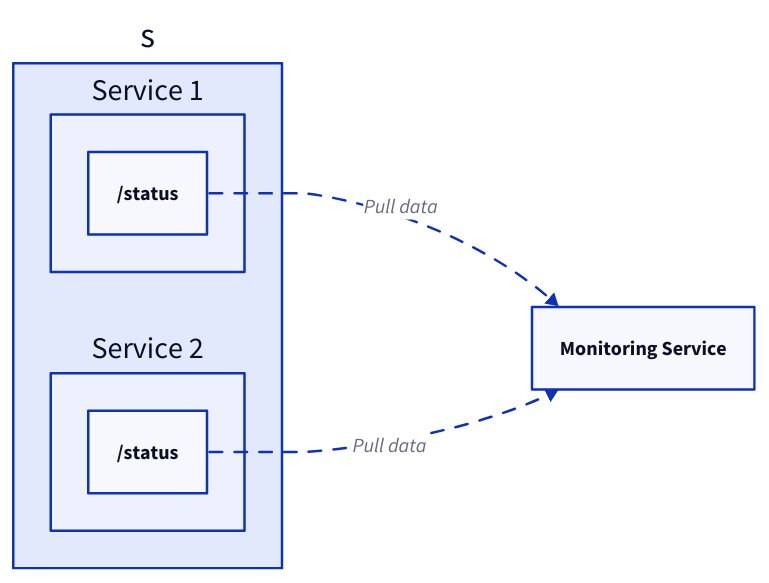
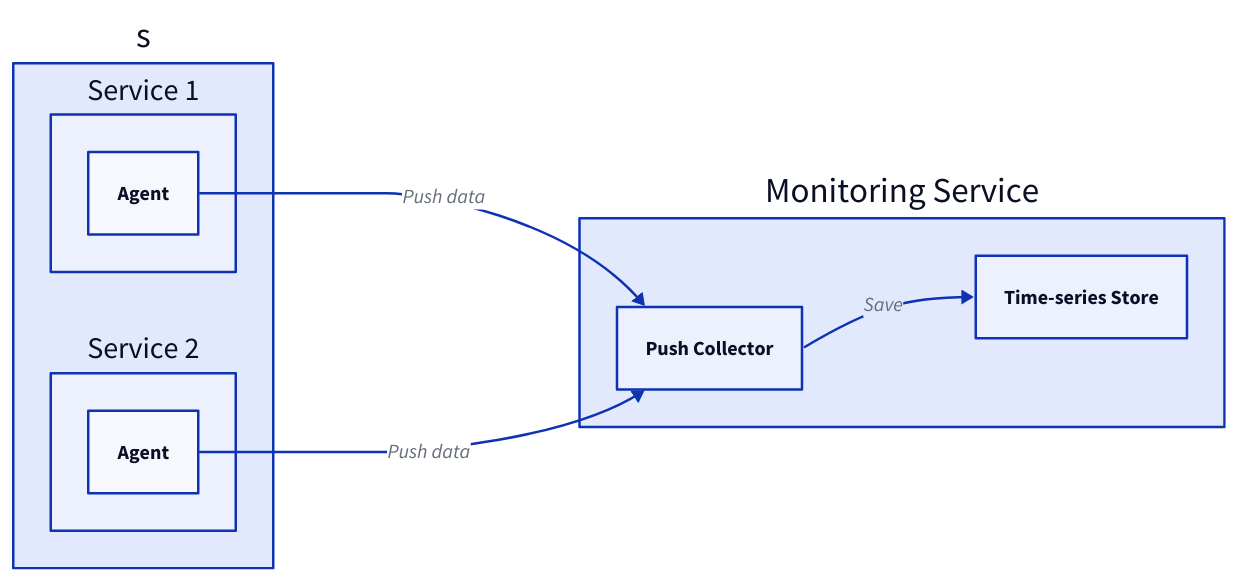
One commit to link1905/system-design-101 changed the fourth of 14 diagrams in content/docs/system-administration/system-monitoring/_index.md. Above: the diagram before and after it, drawn with D2. The commit also changed other lines of this file and 12 other files, not shown here.

````diff
--- a/content/docs/system-administration/system-monitoring/_index.md
+++ b/content/docs/system-administration/system-monitoring/_index.md
@@ -51,21 +277,30 @@
-```d2
-direction: right
-s {
-  class: none
-  s1: Service 1 {
-    i: "/status"
+  ```d2
+  direction: right
+
+  s {
+    class: none
+    s1: Service 1 {
+      a: Agent {
+        class: process
+      }
+    }
+    s2: Service 2 {
+      a: Agent {
+        class: process
+      }
+    }
   }
-  s2: Service 2 {
-    i: "/status"
+
+  m: Monitoring Service {
+      c: Push Collector {
+        class: monitor
+      }
+      db: Time-series Store {
+        class: db
+      }
+      c -> db: Save
   }
-}
-m: Monitoring Service {
-    class: monitor
-}
-s.s1.i -> m: Pull data {
-  style.animated: true
-}
-s.s2.i -> m: Pull data {
-  style.animated: true
-}
-```
+
+  s.s1.a -> m.c: Push data
+  s.s2.a -> m.c: Push data
+  ```
````
